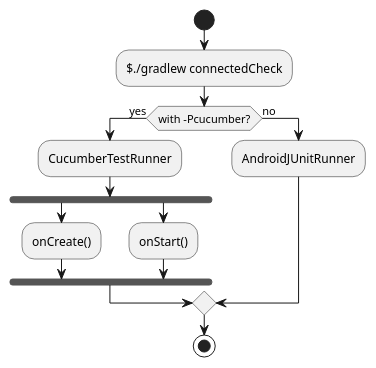
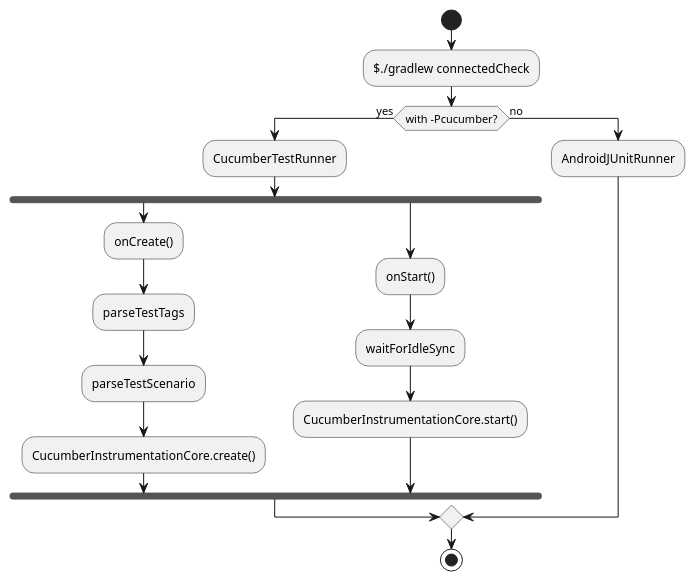
Before and after one commit to funyoung/Cucumber-espresso-sample: the diagram in app/docs/test_runer.puml, drawn with PlantUML. The commit also changed 1 other file, not shown here.

```diff
--- a/app/docs/test_runer.puml
+++ b/app/docs/test_runer.puml
@@ -1,16 +1,21 @@
 @startuml
 start
 :$./gradlew connectedCheck;
 if (with -Pcucumber?) then (yes)
   :CucumberTestRunner;
   fork
     :onCreate();
+    :parseTestTags;
+    :parseTestScenario;
+    :CucumberInstrumentationCore.create();
   fork again
     :onStart();
+    :waitForIdleSync;
+    :CucumberInstrumentationCore.start();
   end fork
 else (no)
   :AndroidJUnitRunner;
 endif
 
 stop
 @enduml
```
